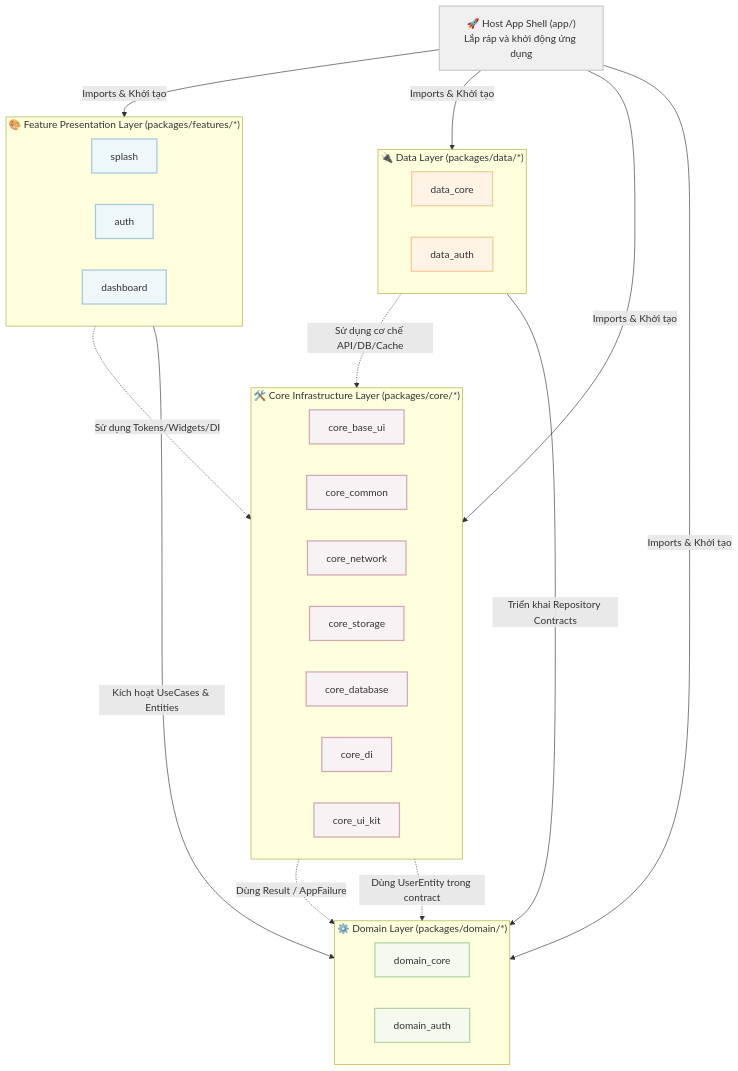
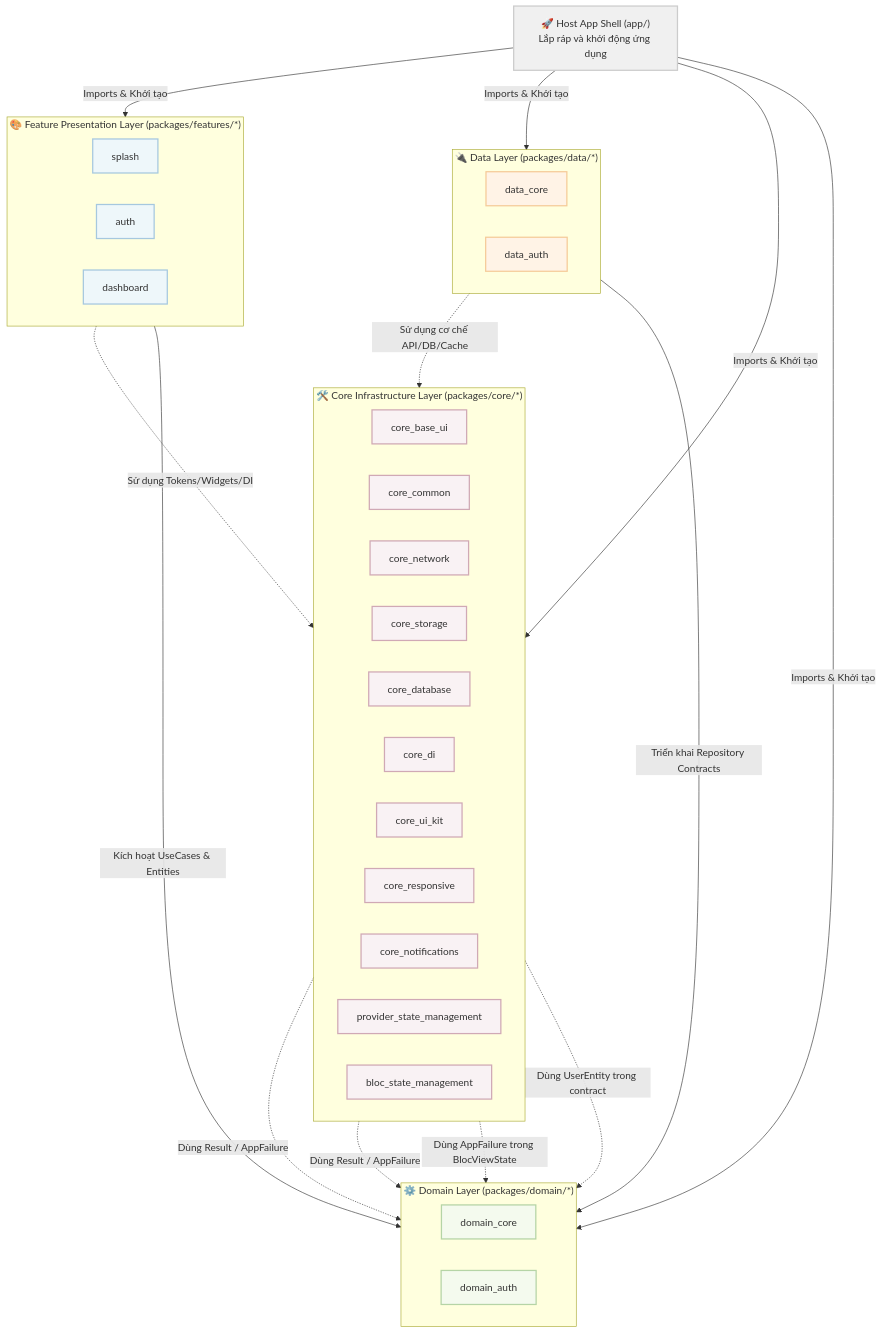
The diagram in README.vi.md (CaoGiaHieu-dev/flutter-monorepo-codebase), drawn with Mermaid before and after one commit. The commit also changed other lines of this file and 81 other files, not shown here.

````diff
--- a/README.vi.md
+++ b/README.vi.md
@@ -18,57 +18,63 @@
 ```mermaid
 graph TD
     classDef core fill:#f9f2f4,stroke:#d0a9b5,stroke-width:2px,color:#333;
     classDef feature fill:#eef7fa,stroke:#a6c8df,stroke-width:2px,color:#333;
     classDef domain fill:#f4faee,stroke:#b5d4a6,stroke-width:2px,color:#333;
     classDef data fill:#fff3e6,stroke:#f5cb99,stroke-width:2px,color:#333;
     classDef app fill:#f0f0f0,stroke:#cccccc,stroke-width:2px,color:#333;
 
     App["🚀 Host App Shell (app/)<br/>Lắp ráp và khởi động ứng dụng"]:::app
 
     subgraph FeatureLayer ["🎨 Feature Presentation Layer (packages/features/*)"]
         direction LR
         FeatSplash["splash"]:::feature
         FeatAuth["auth"]:::feature
         FeatDash["dashboard"]:::feature
     end
 
     subgraph DataLayer ["🔌 Data Layer (packages/data/*)"]
         direction LR
         DataCore["data_core"]:::data
         DataAuth["data_auth"]:::data
     end
 
     subgraph DomainLayer ["⚙️ Domain Layer (packages/domain/*)"]
         direction LR
         DomCore["domain_core"]:::domain
         DomAuth["domain_auth"]:::domain
     end
 
     subgraph CoreLayer ["🛠️ Core Infrastructure Layer (packages/core/*)"]
         direction LR
         CoreUI["core_base_ui"]:::core
         CoreCom["core_common"]:::core
         CoreNet["core_network"]:::core
         CoreStore["core_storage"]:::core
         CoreDB["core_database"]:::core
         CoreDI["core_di"]:::core
         CoreKit["core_ui_kit"]:::core
+        CoreResp["core_responsive"]:::core
+        CoreNotif["core_notifications"]:::core
+        CoreProv["provider_state_management"]:::core
+        CoreBloc["bloc_state_management"]:::core
     end
 
     %% Cross-layer Relationships
     App -->|"Imports & Khởi tạo"| FeatureLayer
     App -->|"Imports & Khởi tạo"| DataLayer
     App -->|"Imports & Khởi tạo"| DomainLayer
     App -->|"Imports & Khởi tạo"| CoreLayer
 
     FeatureLayer -->|"Kích hoạt UseCases & Entities"| DomainLayer
     DataLayer -->|"Triển khai Repository Contracts"| DomainLayer
 
     FeatureLayer -.->|"Sử dụng Tokens/Widgets/DI"| CoreLayer
     DataLayer -.->|"Sử dụng cơ chế API/DB/Cache"| CoreLayer
 
     %% Domain nằm ở tâm và KHÔNG phụ thuộc gì cả.
     %% Core được phép phụ thuộc Domain — không bao giờ ngược lại.
     CoreCom -.->|"Dùng Result / AppFailure"| DomCore
+    CoreProv -.->|"Dùng Result / AppFailure"| DomCore
+    CoreBloc -.->|"Dùng AppFailure trong BlocViewState"| DomCore
     CoreDI -.->|"Dùng UserEntity trong contract"| DomAuth
 ```
````
